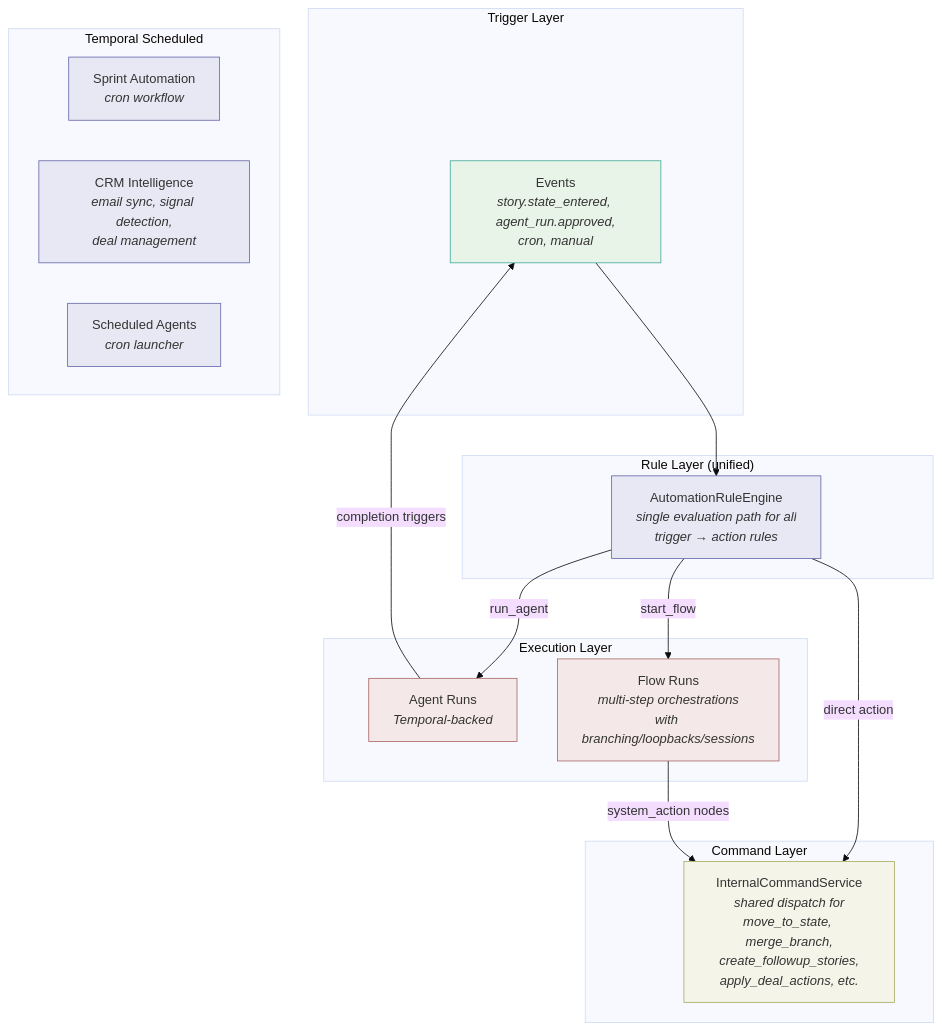
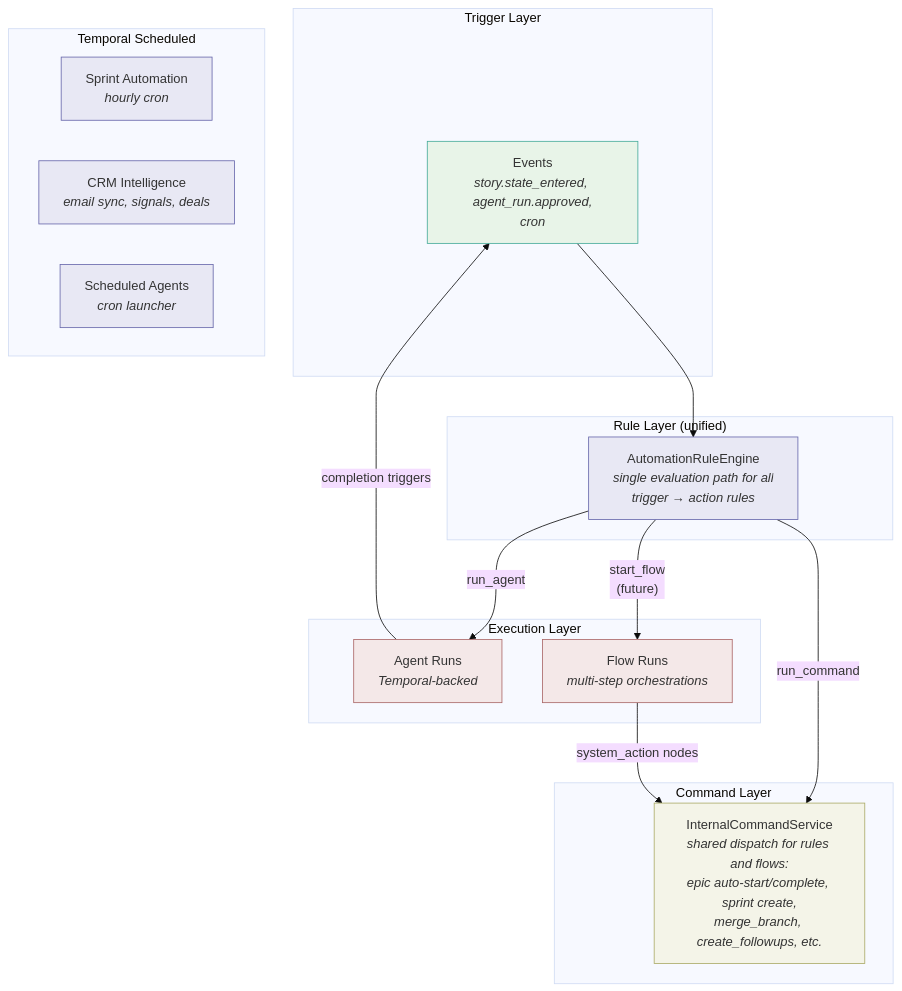
Diagram 11 of 11 in docs/AUTOMATION_AND_AGENT_ARCHITECTURE.md (helpin-ai/helpin), drawn with Mermaid (base theme) before and after one commit. The commit also changed other lines of this file and 62 other files, not shown here.

Commit message:
remove legacy v1 flow, solidify v2

````diff
--- a/docs/AUTOMATION_AND_AGENT_ARCHITECTURE.md
+++ b/docs/AUTOMATION_AND_AGENT_ARCHITECTURE.md
@@ -957,41 +920,41 @@
 ```mermaid
 graph TD
     subgraph "Trigger Layer"
-        EV["Events<br/><i>story.state_entered, agent_run.approved,<br/>cron, manual</i>"]
+        EV["Events<br/><i>story.state_entered, agent_run.approved,<br/>cron</i>"]
     end
 
     subgraph "Rule Layer (unified)"
         RE["AutomationRuleEngine<br/><i>single evaluation path for all<br/>trigger → action rules</i>"]
     end
 
     subgraph "Command Layer"
-        CR["InternalCommandService<br/><i>shared dispatch for<br/>move_to_state, merge_branch,<br/>create_followup_stories,<br/>apply_deal_actions, etc.</i>"]
+        CR["InternalCommandService<br/><i>shared dispatch for rules and flows:<br/>epic auto-start/complete, sprint create,<br/>merge_branch, create_followups, etc.</i>"]
     end
 
     subgraph "Execution Layer"
         AG["Agent Runs<br/><i>Temporal-backed</i>"]
-        FL["Flow Runs<br/><i>multi-step orchestrations<br/>with branching/loopbacks/sessions</i>"]
+        FL["Flow Runs<br/><i>multi-step orchestrations</i>"]
     end
 
     subgraph "Temporal Scheduled"
-        SPRINT["Sprint Automation<br/><i>cron workflow</i>"]
-        CRM["CRM Intelligence<br/><i>email sync, signal detection,<br/>deal management</i>"]
+        SPRINT["Sprint Automation<br/><i>hourly cron</i>"]
+        CRM["CRM Intelligence<br/><i>email sync, signals, deals</i>"]
         SCHED["Scheduled Agents<br/><i>cron launcher</i>"]
     end
 
     EV --> RE
     RE -->|"run_agent"| AG
-    RE -->|"start_flow"| FL
-    RE -->|"direct action"| CR
+    RE -->|"run_command"| CR
+    RE -->|"start_flow<br/>(future)"| FL
     FL -->|"system_action nodes"| CR
     AG -->|"completion triggers"| EV
 
     style EV fill:#e8f4e8,stroke:#4a9
     style RE fill:#e8e8f4,stroke:#66a
     style CR fill:#f4f4e8,stroke:#aa6
     style AG fill:#f4e8e8,stroke:#a66
     style FL fill:#f4e8e8,stroke:#a66
     style SPRINT fill:#e8e8f4,stroke:#66a
     style CRM fill:#e8e8f4,stroke:#66a
     style SCHED fill:#e8e8f4,stroke:#66a
 ```
````
